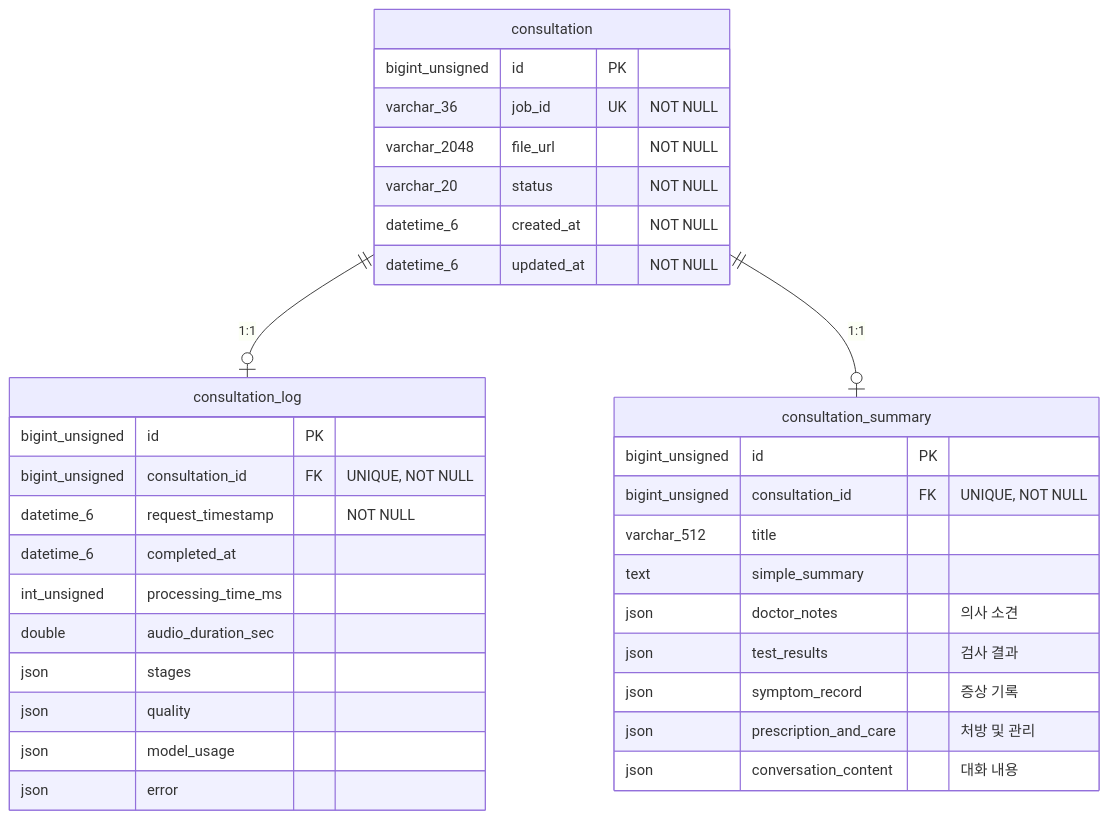
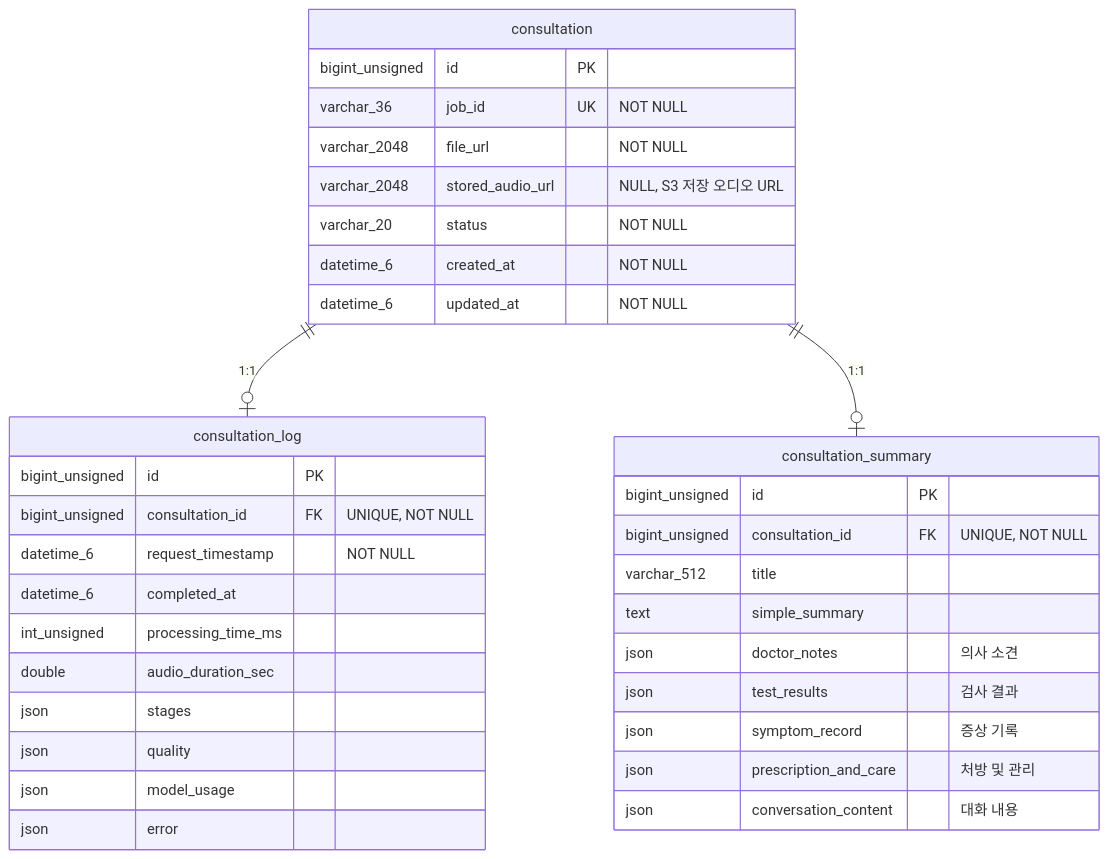
One commit to Openentrepreneurship-Center/Donkey changed the diagram in docs/erd-consultation.mmd. Above: the diagram before and after it, drawn with Mermaid. The commit also changed 5 other files, not shown here.

```diff
--- a/docs/erd-consultation.mmd
+++ b/docs/erd-consultation.mmd
@@ -1,37 +1,38 @@
 erDiagram
     consultation ||--o| consultation_log : "1:1"
     consultation ||--o| consultation_summary : "1:1"
 
     consultation {
         bigint_unsigned id PK
         varchar_36 job_id UK "NOT NULL"
         varchar_2048 file_url "NOT NULL"
+        varchar_2048 stored_audio_url "NULL, S3 저장 오디오 URL"
         varchar_20 status "NOT NULL"
         datetime_6 created_at "NOT NULL"
         datetime_6 updated_at "NOT NULL"
     }
 
     consultation_log {
         bigint_unsigned id PK
         bigint_unsigned consultation_id FK "UNIQUE, NOT NULL"
         datetime_6 request_timestamp "NOT NULL"
         datetime_6 completed_at
         int_unsigned processing_time_ms
         double audio_duration_sec
         json stages
         json quality
         json model_usage
         json error
     }
 
     consultation_summary {
         bigint_unsigned id PK
         bigint_unsigned consultation_id FK "UNIQUE, NOT NULL"
         varchar_512 title
         text simple_summary
         json doctor_notes "의사 소견"
         json test_results "검사 결과"
         json symptom_record "증상 기록"
         json prescription_and_care "처방 및 관리"
         json conversation_content "대화 내용"
     }
```
